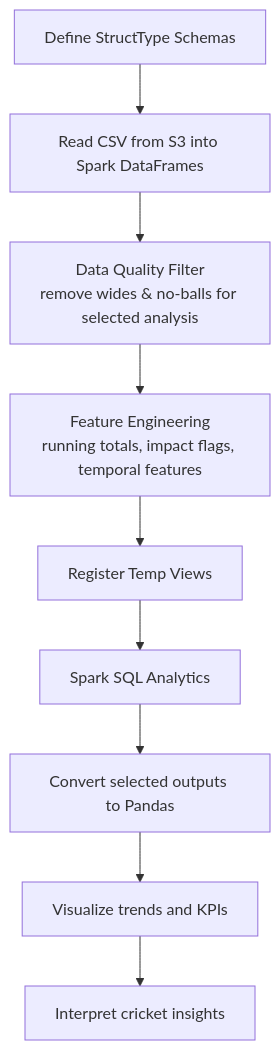
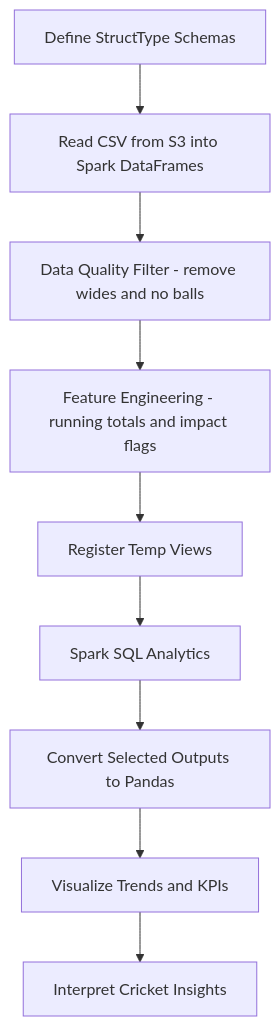
The third of 3 diagrams in README.md (ok-sarthak/IPL-Data-Analysis-using-Apache-Spark), drawn with Mermaid before and after one commit. The commit also changed other lines of this file, not shown here.

Commit message:
Refine flowchart labels and formatting in README for clarity and consistency

````diff
--- a/README.md
+++ b/README.md
@@ -210,11 +210,11 @@
 ```mermaid
 flowchart TD
-		A[Define StructType Schemas] --> B[Read CSV from S3 into Spark DataFrames]
-		B --> C[Data Quality Filter<br/>remove wides & no-balls for selected analysis]
-		C --> D[Feature Engineering<br/>running totals, impact flags, temporal features]
-		D --> E[Register Temp Views]
-		E --> F[Spark SQL Analytics]
-		F --> G[Convert selected outputs to Pandas]
-		G --> H[Visualize trends and KPIs]
-		H --> I[Interpret cricket insights]
+    A[Define StructType Schemas] --> B[Read CSV from S3 into Spark DataFrames]
+    B --> C[Data Quality Filter - remove wides and no balls]
+    C --> D[Feature Engineering - running totals and impact flags]
+    D --> E[Register Temp Views]
+    E --> F[Spark SQL Analytics]
+    F --> G[Convert Selected Outputs to Pandas]
+    G --> H[Visualize Trends and KPIs]
+    H --> I[Interpret Cricket Insights]
 ```
````
